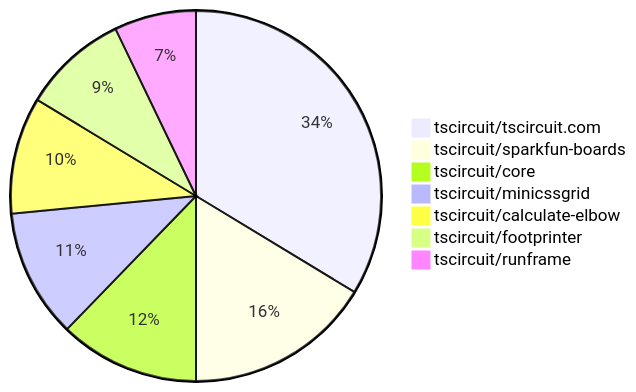
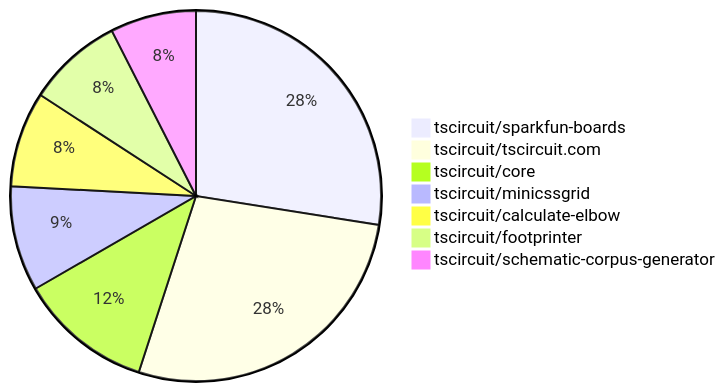
Before and after one commit to tscircuit/contribution-tracker: the second of 2 diagrams in README.md, drawn with Mermaid. The commit also changed other lines of this file and 3 other files, not shown here.

````diff
--- a/README.md
+++ b/README.md
@@ -114,10 +114,10 @@
 ```mermaid
 pie
+    "tscircuit/sparkfun-boards" : 33
     "tscircuit/tscircuit.com" : 33
-    "tscircuit/sparkfun-boards" : 16
-    "tscircuit/core" : 12
+    "tscircuit/core" : 14
     "tscircuit/minicssgrid" : 11
     "tscircuit/calculate-elbow" : 10
-    "tscircuit/footprinter" : 9
-    "tscircuit/runframe" : 7
+    "tscircuit/footprinter" : 10
+    "tscircuit/schematic-corpus-generator" : 9
 ```
````
